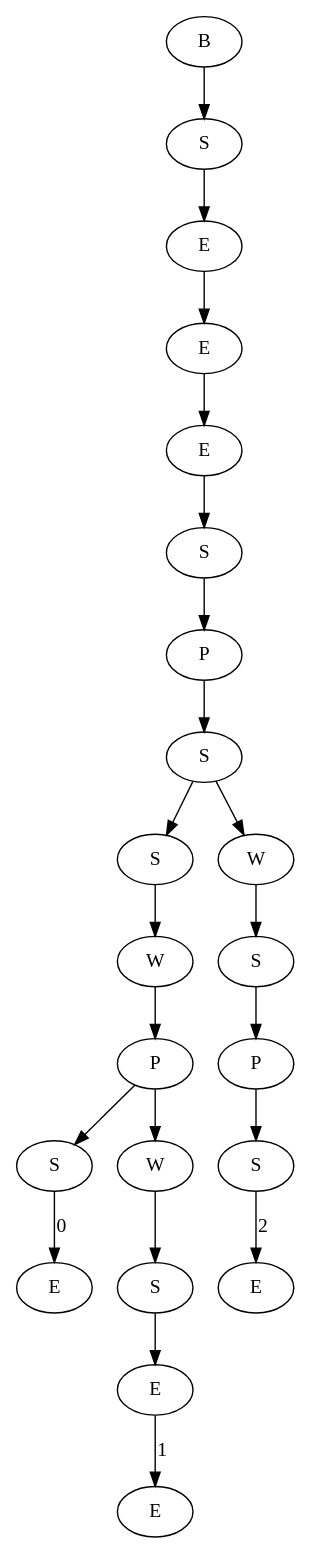
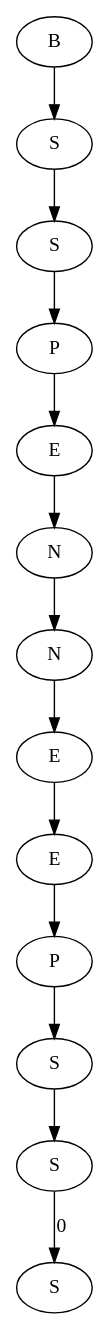
The diagram in Tom and Jerry/viz.dot (Iliyan0411/Data-Structures), drawn with Graphviz before and after one commit. The commit also changed 4 other files, not shown here.

```diff
--- a/Tom and Jerry/viz.dot
+++ b/Tom and Jerry/viz.dot
@@ -1,45 +1,27 @@
 digraph G{
-7714856[label="E"]
-7715336[label="S"]
-7715336->7714856[label=0];
-7717704[label="E"]
-7717256[label="E"]
-7717256->7717704[label=1];
-7714824[label="S"]
-7714824->7717256;
-7714888[label="W"]
-7714888->7714824;
-7715592[label="P"]
-7715592->7715336;
-7715592->7714888;
-7715080[label="W"]
-7715080->7715592;
-7715368[label="S"]
-7715368->7715080;
-7717160[label="E"]
-7717000[label="S"]
-7717000->7717160[label=2];
-7717064[label="P"]
-7717064->7717000;
-7716904[label="S"]
-7716904->7717064;
-7717544[label="W"]
-7717544->7716904;
-7715208[label="S"]
-7715208->7715368;
-7715208->7717544;
-7715240[label="P"]
-7715240->7715208;
-7714952[label="S"]
-7714952->7715240;
-7715176[label="E"]
-7715176->7714952;
-7715048[label="E"]
-7715048->7715176;
-7715432[label="E"]
-7715432->7715048;
-7715400[label="S"]
-7715400->7715432;
-7715016[label="B"]
-7715016->7715400;
+7911488[label="S"]
+7911456[label="S"]
+7911456->7911488[label=0];
+7912160[label="S"]
+7912160->7911456;
+7912096[label="P"]
+7912096->7912160;
+7912064[label="E"]
+7912064->7912096;
+7911680[label="E"]
+7911680->7912064;
+7911552[label="N"]
+7911552->7911680;
+7912000[label="N"]
+7912000->7911552;
+7912032[label="E"]
+7912032->7912000;
+7911712[label="P"]
+7911712->7912032;
+7912352[label="S"]
+7912352->7911712;
+7912224[label="S"]
+7912224->7912352;
+7911936[label="B"]
+7911936->7912224;
 }
```
